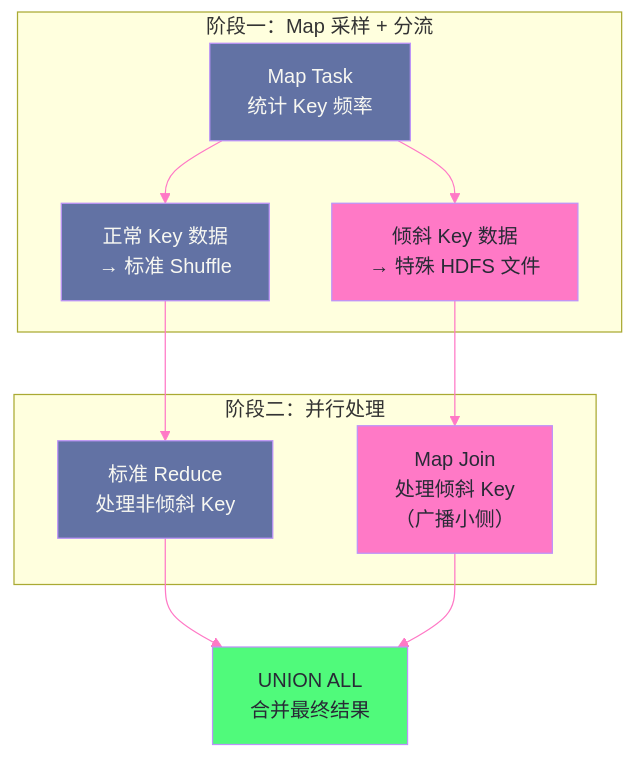
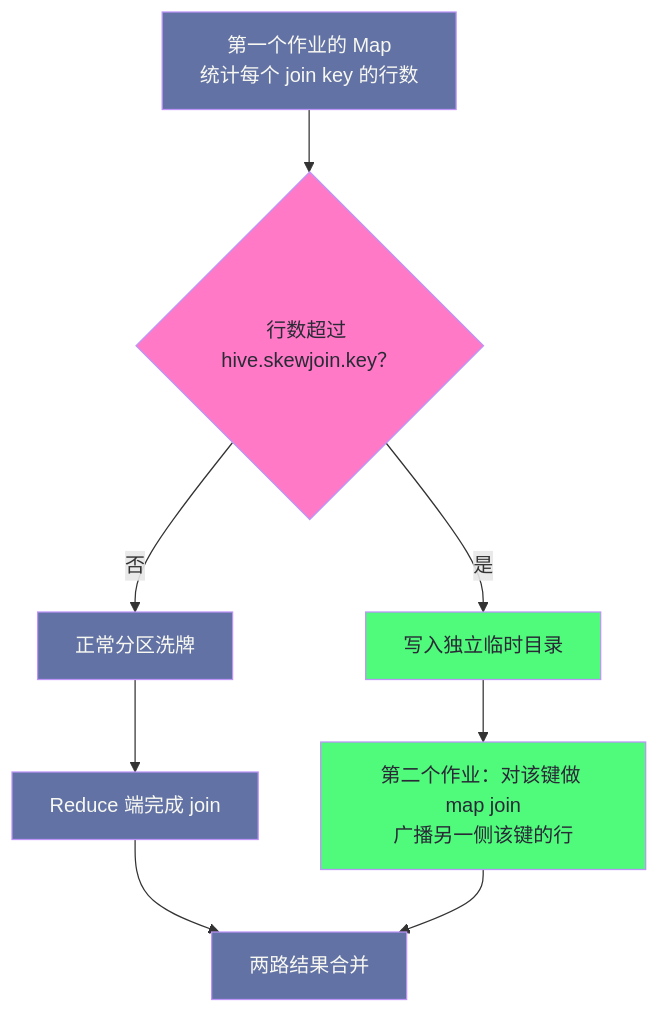
The fifth of 6 diagrams in content/大数据/Hive/06 Join 深度解析：五种 Join 策略的实现机制.md (hpliStartAgain/my-brain), drawn with Mermaid before and after one commit. The commit also changed other lines of this file and 455 other files, not shown here.

````diff
--- a/content/大数据/Hive/06 Join 深度解析：五种 Join 策略的实现机制.md
+++ b/content/大数据/Hive/06 Join 深度解析：五种 Join 策略的实现机制.md
@@ -364,30 +487,17 @@
 ```mermaid
-%%{init: {"theme": "dracula", "themeVariables": {"primaryColor": "#6272a4", "primaryTextColor": "#f8f8f2", "lineColor": "#ff79c6"}}}%%
+%%{init: {'theme': 'dracula'}}%%
 graph TD
-    subgraph STAGE1["阶段一：Map 采样 + 分流"]
-        MAP["Map Task</br>统计 Key 频率"]
-        NORM["正常 Key 数据</br>→ 标准 Shuffle"]
-        SKEW["倾斜 Key 数据</br>→ 特殊 HDFS 文件"]
-    end
-
-    subgraph STAGE2["阶段二：并行处理"]
-        RED["标准 Reduce</br>处理非倾斜 Key"]
-        MJ["Map Join</br>处理倾斜 Key</br>（广播小侧）"]
-    end
-
-    UNION["UNION ALL</br>合并最终结果"]
-
-    MAP --> NORM
-    MAP --> SKEW
-    NORM --> RED
-    SKEW --> MJ
-    RED --> UNION
-    MJ --> UNION
-
-    classDef stage fill:#6272a4,stroke:#bd93f9,color:#f8f8f2
-    classDef skew fill:#ff79c6,stroke:#bd93f9,color:#282a36
-    classDef result fill:#50fa7b,stroke:#bd93f9,color:#282a36
-    class MAP,NORM,RED stage
-    class SKEW,MJ skew
-    class UNION result
+    M["第一个作业的 Map<br/>统计每个 join key 的行数"] --> D{"行数超过 hive.skewjoin.key？"}
+    D -->|"否"| N["正常分区洗牌"]
+    D -->|"是"| S["写入独立临时目录"]
+    N --> R["Reduce 端完成 join"]
+    S --> MJ["第二个作业：对该键做 map join<br/>广播另一侧该键的行"]
+    R --> U["两路结果合并"]
+    MJ --> U
+    classDef dec fill:#ff79c6,stroke:#bd93f9,color:#282a36
+    classDef ok fill:#50fa7b,stroke:#bd93f9,color:#282a36
+    classDef slow fill:#6272a4,stroke:#bd93f9,color:#f8f8f2
+    class D dec
+    class S,MJ ok
+    class M,N,R,U slow
 ```
````
